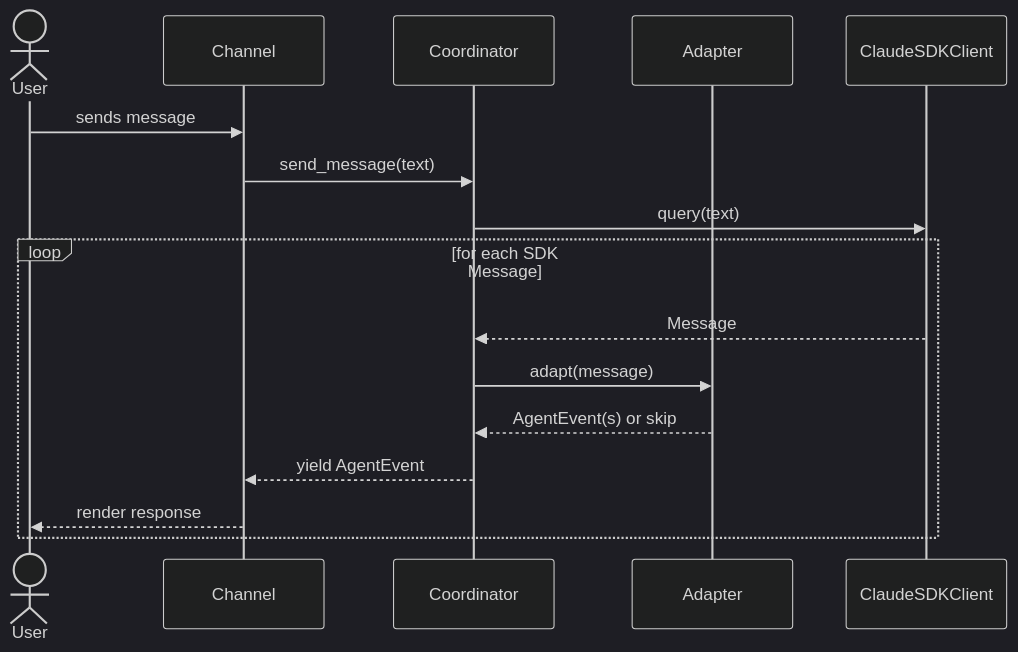
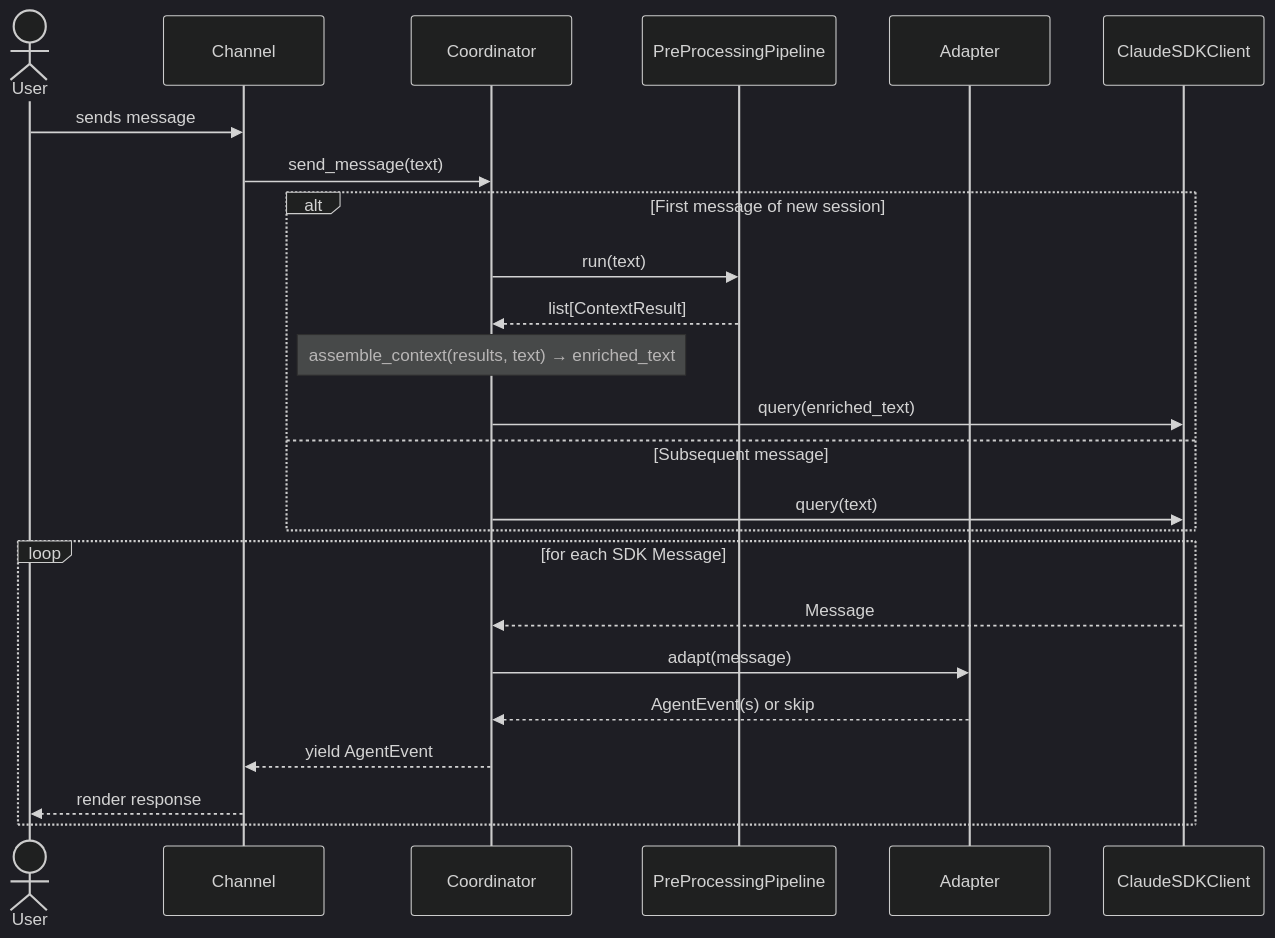
Before and after one commit to asermax/tachikoma: the first of 2 diagrams in docs/feature-designs/agent/core-architecture.md, drawn with Mermaid (dark theme). The commit also changed other lines of this file and 13 other files, not shown here.

````diff
--- a/docs/feature-designs/agent/core-architecture.md
+++ b/docs/feature-designs/agent/core-architecture.md
@@ -81,19 +82,29 @@
 ```mermaid
 sequenceDiagram
     actor User
     participant Channel
     participant Coordinator
+    participant PrePipeline as PreProcessingPipeline
     participant Adapter
     participant SDK as ClaudeSDKClient
 
     User->>Channel: sends message
     Channel->>Coordinator: send_message(text)
-    Coordinator->>SDK: query(text)
+
+    alt First message of new session
+        Coordinator->>PrePipeline: run(text)
+        PrePipeline-->>Coordinator: list[ContextResult]
+        Note over Coordinator: assemble_context(results, text) → enriched_text
+        Coordinator->>SDK: query(enriched_text)
+    else Subsequent message
+        Coordinator->>SDK: query(text)
+    end
+
     loop for each SDK Message
         SDK-->>Coordinator: Message
         Coordinator->>Adapter: adapt(message)
         Adapter-->>Coordinator: AgentEvent(s) or skip
         Coordinator-->>Channel: yield AgentEvent
         Channel-->>User: render response
     end
 ```
````
